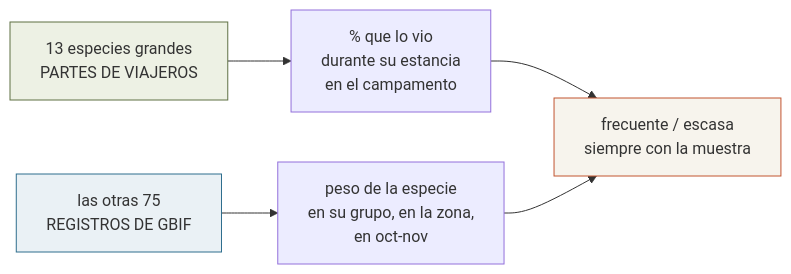
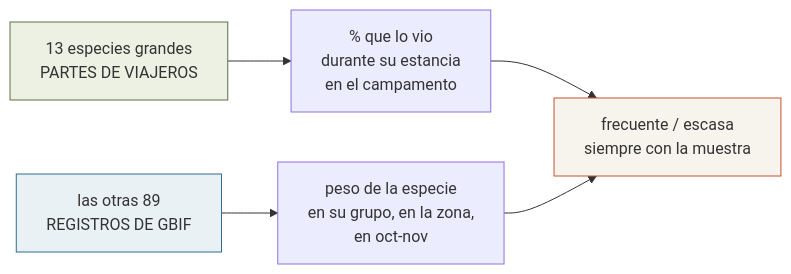
The diagram in 09-fauna-etosha.md (morandeirachema/namibia), drawn with Mermaid before and after one commit. The commit also changed other lines of this file and 25 other files, not shown here.

````diff
--- a/09-fauna-etosha.md
+++ b/09-fauna-etosha.md
@@ -43,10 +46,10 @@
 ```mermaid
 flowchart LR
     A["13 especies grandes<br/>PARTES DE VIAJEROS"] --> A1["% que lo vio<br/>durante su estancia<br/>en el campamento"]
-    B["las otras 75<br/>REGISTROS DE GBIF"] --> B1["peso de la especie<br/>en su grupo, en la zona,<br/>en oct-nov"]
+    B["las otras 89<br/>REGISTROS DE GBIF"] --> B1["peso de la especie<br/>en su grupo, en la zona,<br/>en oct-nov"]
     A1 --> C["frecuente / escasa<br/>siempre con la muestra"]
     B1 --> C
     style A fill:#EDF1E4,stroke:#5F7043
     style B fill:#EAF1F5,stroke:#2F6E8E
     style C fill:#F7F4ED,stroke:#C2542F
 ```
````
